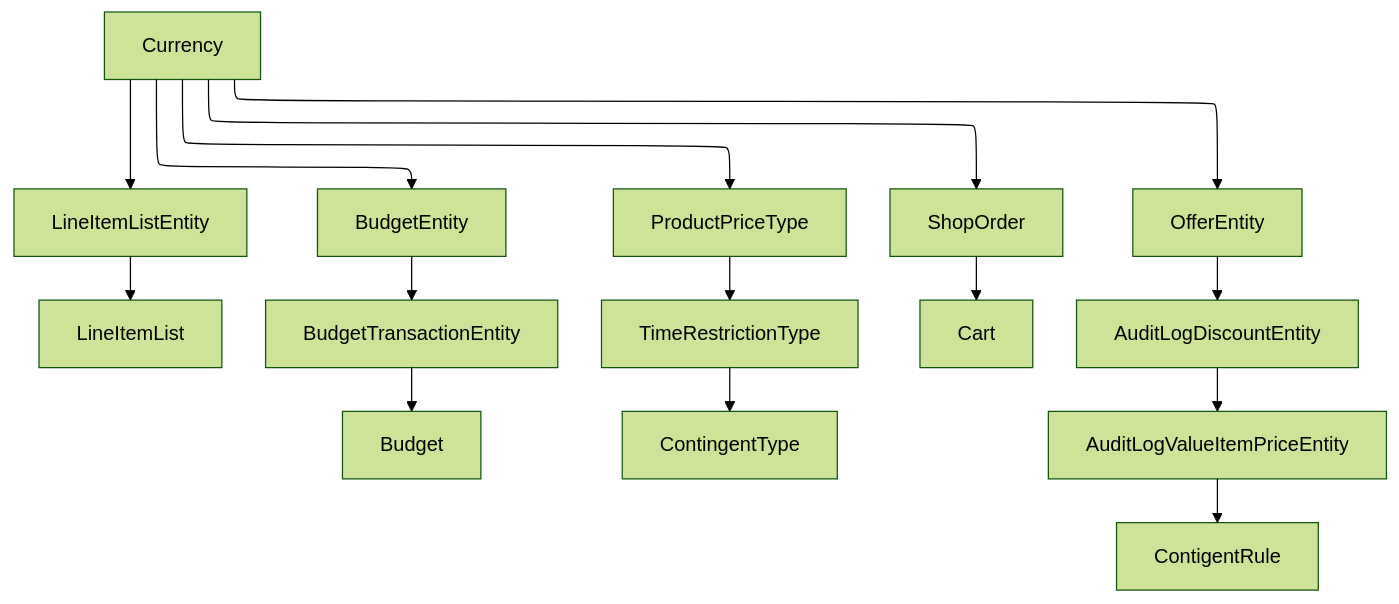
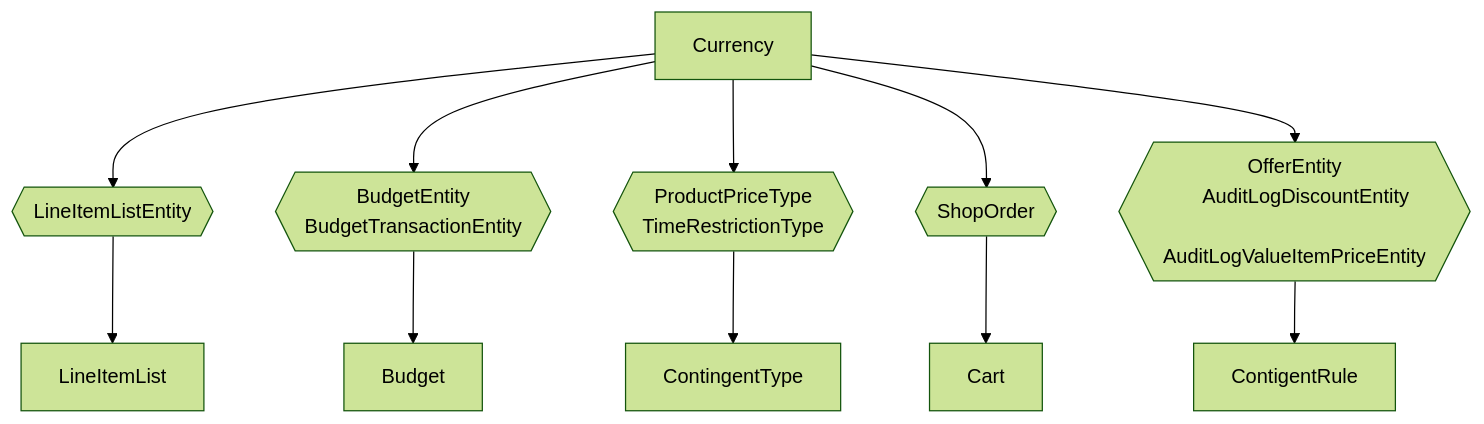
One commit to shopware/docs changed the diagram in products/extensions/b2b-suite/guides/core/currency.md. Above: the diagram before and after it, drawn with Mermaid (forest theme). The commit also changed 11 other files, not shown here.

````diff
--- a/products/extensions/b2b-suite/guides/core/currency.md
+++ b/products/extensions/b2b-suite/guides/core/currency.md
@@ -14,8 +14,12 @@
 ```mermaid
-flowchart-elk TD
-    A[Currency] -->B[LineItemListEntity]--> C[LineItemList]
-    A-->D[BudgetEntity]-->E[BudgetTransactionEntity] --> F[Budget]
-    A-->G[ProductPriceType]-->H[TimeRestrictionType]-->I[ContingentType]
-    A-->J[ShopOrder]-->K[Cart]
-    A-->L[OfferEntity]-->l[AuditLogDiscountEntity]-->M[AuditLogValueItemPriceEntity]-->N[ContigentRule]
+flowchart TD
+    A[Currency] -->B{{LineItemListEntity}}--> C[LineItemList]
+    A-->D{{BudgetEntity
+    BudgetTransactionEntity}}--> F[Budget]
+    A-->G{{ProductPriceType
+    TimeRestrictionType}}-->I[ContingentType]
+    A-->J{{ShopOrder}}-->K[Cart]
+    A-->L{{OfferEntity
+    AuditLogDiscountEntity
+    AuditLogValueItemPriceEntity}}-->N[ContigentRule]
 ```
````
